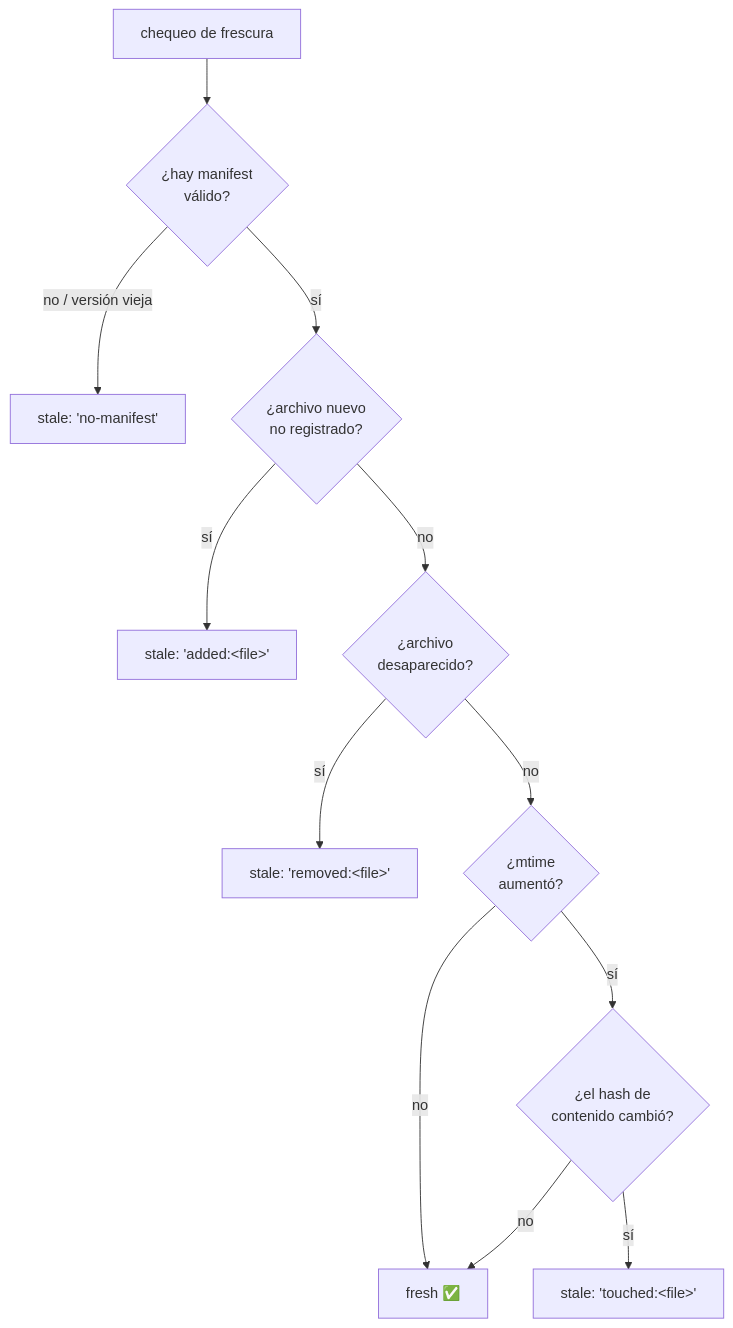
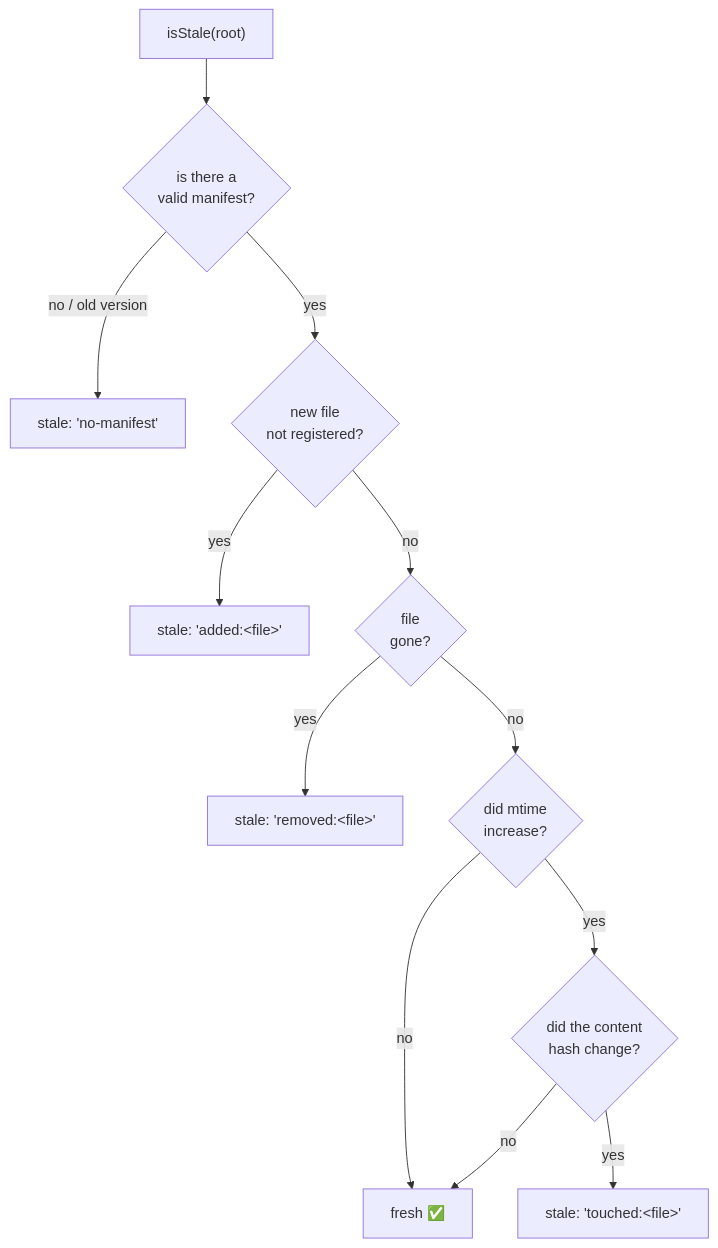
The fourth of 5 diagrams in docs/concepts/03-busqueda-y-consultas.md (Kolimar/leina), drawn with Mermaid before and after one commit. The commit also changed other lines of this file and 27 other files, not shown here.

````diff
--- a/docs/concepts/03-busqueda-y-consultas.md
+++ b/docs/concepts/03-busqueda-y-consultas.md
@@ -107,14 +107,14 @@
 ```mermaid
 flowchart TD
-    start["chequeo de frescura"] --> man{¿hay manifest<br/>válido?}
-    man -->|no / versión vieja| stale1["stale: 'no-manifest'"]
-    man -->|sí| added{¿archivo nuevo<br/>no registrado?}
-    added -->|sí| stale2["stale: 'added:&lt;file&gt;'"]
-    added -->|no| gone{¿archivo<br/>desaparecido?}
-    gone -->|sí| stale3["stale: 'removed:&lt;file&gt;'"]
-    gone -->|no| mt{¿mtime<br/>aumentó?}
+    start["isStale(root)"] --> man{is there a<br/>valid manifest?}
+    man -->|no / old version| stale1["stale: 'no-manifest'"]
+    man -->|yes| added{new file<br/>not registered?}
+    added -->|yes| stale2["stale: 'added:&lt;file&gt;'"]
+    added -->|no| gone{file<br/>gone?}
+    gone -->|yes| stale3["stale: 'removed:&lt;file&gt;'"]
+    gone -->|no| mt{did mtime<br/>increase?}
     mt -->|no| fresh["fresh ✅"]
-    mt -->|sí| hash{¿el hash de<br/>contenido cambió?}
+    mt -->|yes| hash{did the content<br/>hash change?}
     hash -->|no| fresh
-    hash -->|sí| stale4["stale: 'touched:&lt;file&gt;'"]
+    hash -->|yes| stale4["stale: 'touched:&lt;file&gt;'"]
 ```
````
